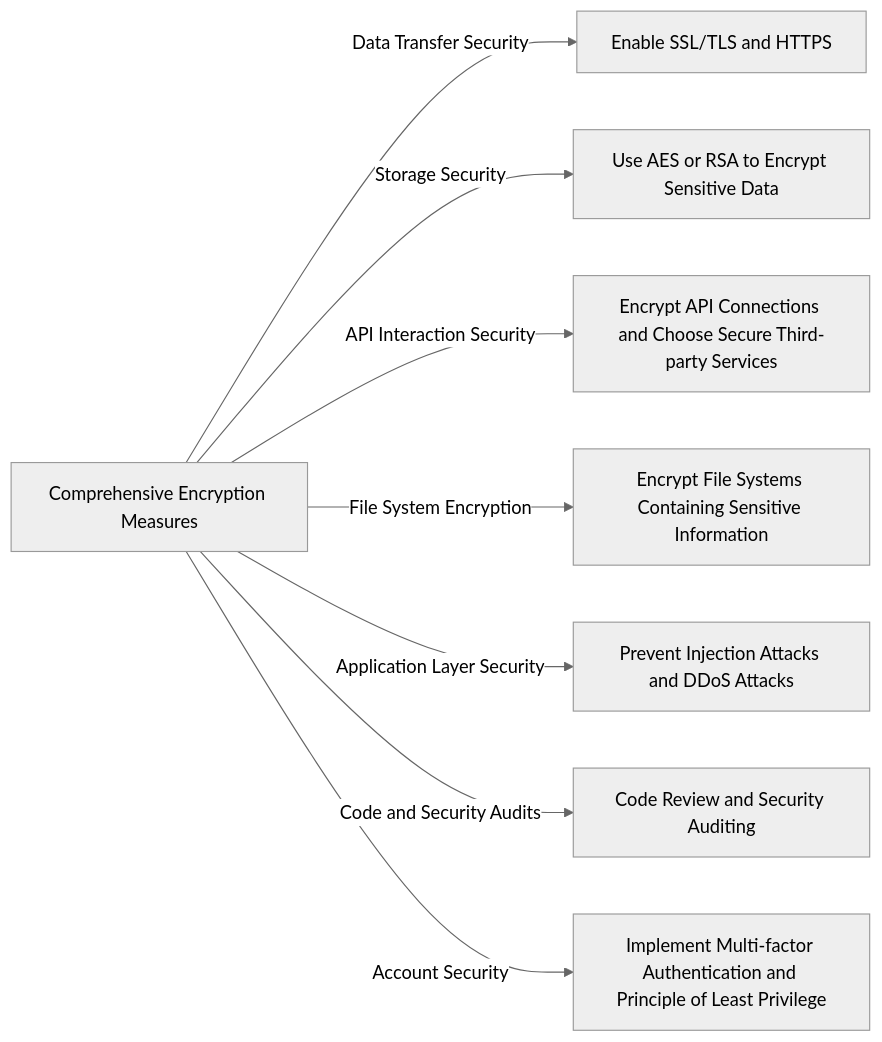
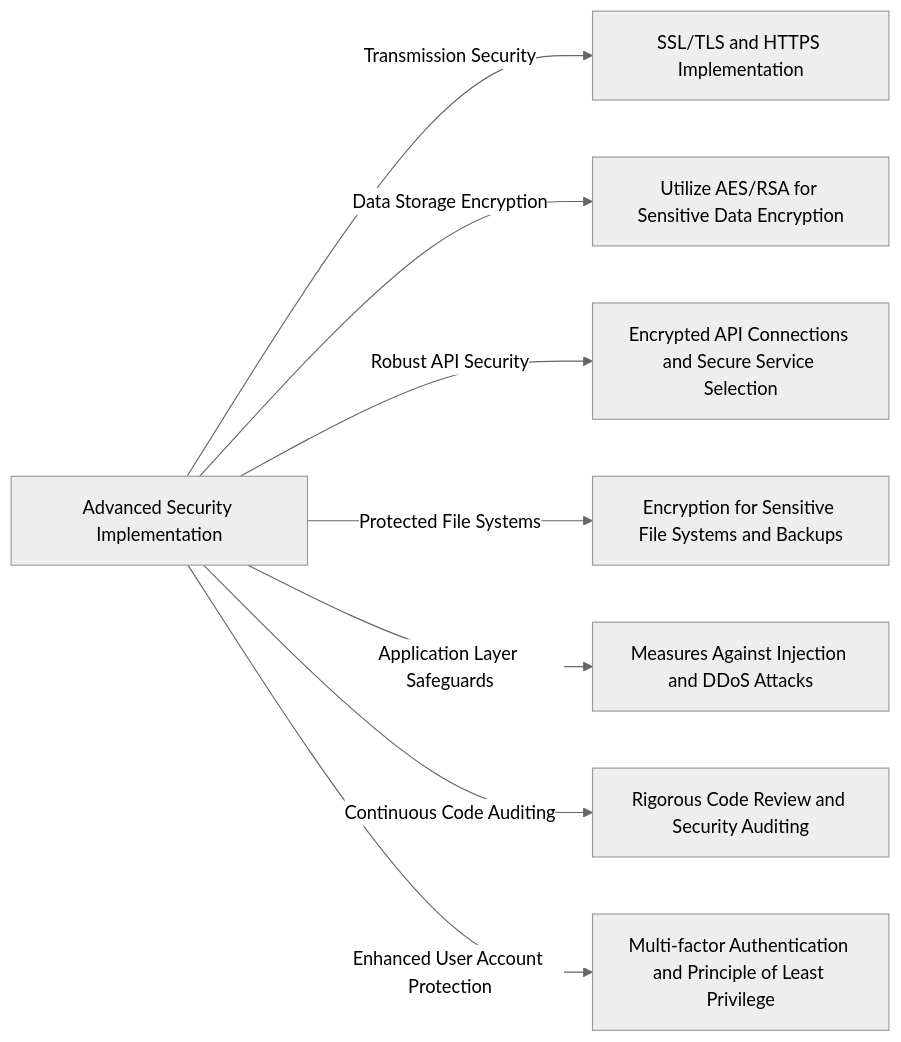
Before and after one commit to BTI-US/BTI-Gitbook: the seventh of 9 diagrams in experiment-and-design/2-bti-architecture.md, drawn with Mermaid (neutral theme). The commit also changed other lines of this file and 5 other files, not shown here.

````diff
--- a/experiment-and-design/2-bti-architecture.md
+++ b/experiment-and-design/2-bti-architecture.md
@@ -506,11 +341,11 @@
 ```mermaid
 graph LR
-    A[Comprehensive Encryption Measures]
-    A -->|Data Transfer Security| B1[Enable SSL/TLS and HTTPS]
-    A -->|Storage Security| B2[Use AES or RSA to Encrypt Sensitive Data]
-    A -->|API Interaction Security| B3[Encrypt API Connections and Choose Secure Third-party Services]
-    A -->|File System Encryption| B4[Encrypt File Systems Containing Sensitive Information]
-    A -->|Application Layer Security| B5[Prevent Injection Attacks and DDoS Attacks]
-    A -->|Code and Security Audits| B6[Code Review and Security Auditing]
-    A -->|Account Security| B7[Implement Multi-factor Authentication and Principle of Least Privilege]
+    A[Advanced Security Implementation]
+    A -->|Transmission Security| B1[SSL/TLS and HTTPS Implementation]
+    A -->|Data Storage Encryption| B2[Utilize AES/RSA for Sensitive Data Encryption]
+    A -->|Robust API Security| B3[Encrypted API Connections and Secure Service Selection]
+    A -->|Protected File Systems| B4[Encryption for Sensitive File Systems and Backups]
+    A -->|Application Layer Safeguards| B5[Measures Against Injection and DDoS Attacks]
+    A -->|Continuous Code Auditing| B6[Rigorous Code Review and Security Auditing]
+    A -->|Enhanced User Account Protection| B7[Multi-factor Authentication and Principle of Least Privilege]
 ```
````
